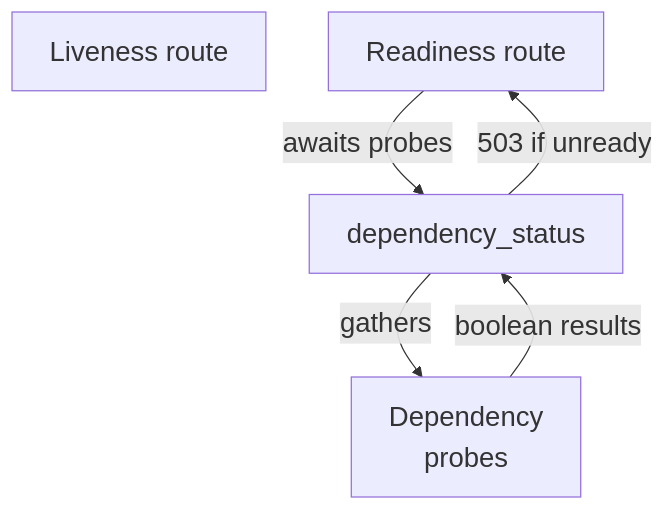
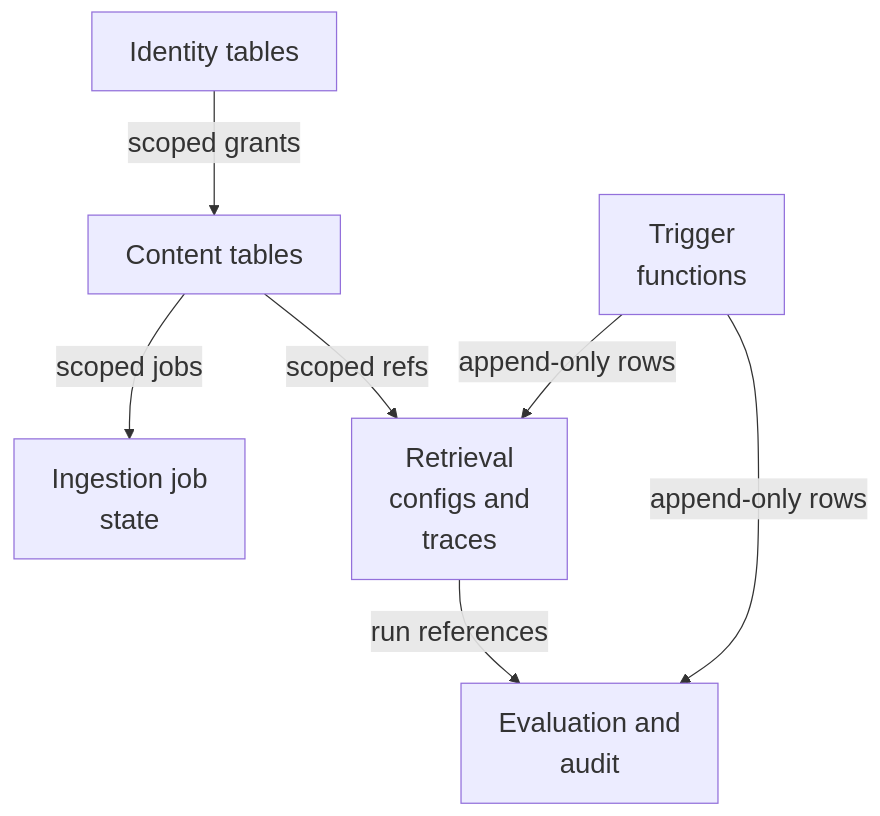
One commit to Justin-Mendoza/Afterclass changed the second of 5 diagrams in maps/foundation/README.md. Above: the diagram before and after it, drawn with Mermaid. The commit also changed other lines of this file and 88 other files, not shown here.

````diff
--- a/maps/foundation/README.md
+++ b/maps/foundation/README.md
@@ -65,12 +73,16 @@
 ```mermaid
 %%{init: {"themeVariables": {"fontSize": "22px"}}}%%
 flowchart TD
-  n0["Liveness route"]
-  n1["Readiness route"]
-  n2["dependency_status"]
-  n3["Dependency<br/>probes"]
-  n1 -->|"awaits probes"| n2
-  n2 -->|"gathers"| n3
-  n3 -->|"boolean results"| n2
-  n2 -->|"503 if unready"| n1
+  n0["Identity tables"]
+  n1["Content tables"]
+  n2["Ingestion job<br/>state"]
+  n3["Retrieval<br/>configs and<br/>traces"]
+  n4["Evaluation and<br/>audit"]
+  n5["Trigger<br/>functions"]
+  n0 -->|"scoped grants"| n1
+  n1 -->|"scoped jobs"| n2
+  n1 -->|"scoped refs"| n3
+  n3 -->|"run references"| n4
+  n5 -->|"append-only rows"| n3
+  n5 -->|"append-only rows"| n4
 ```
````
